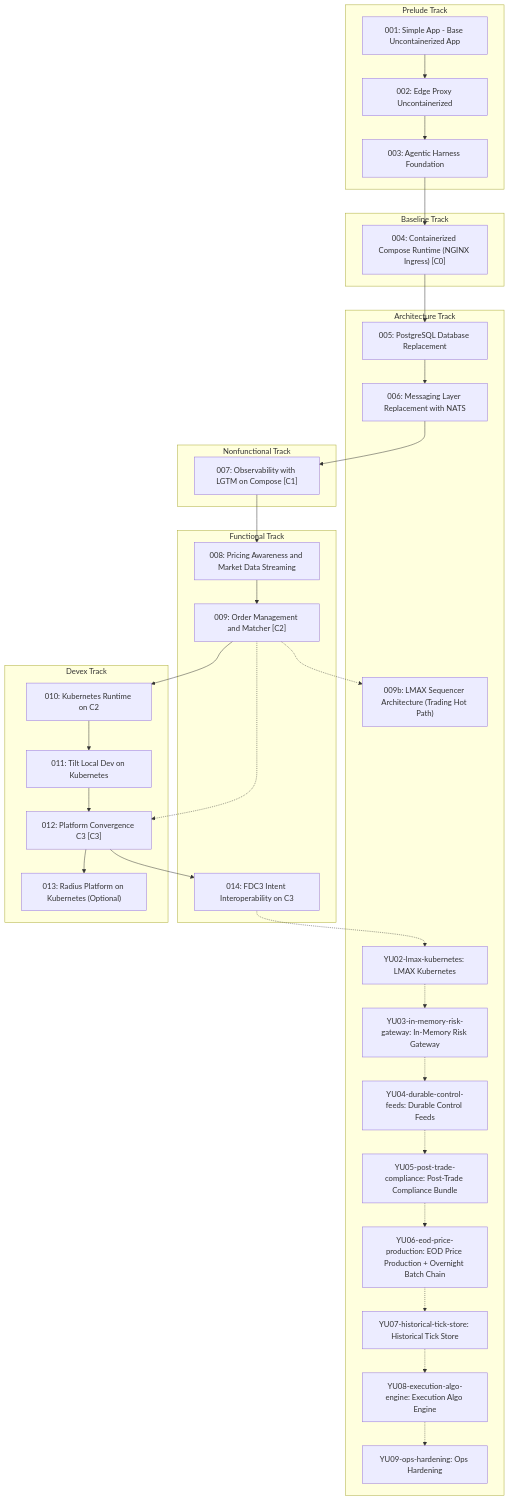
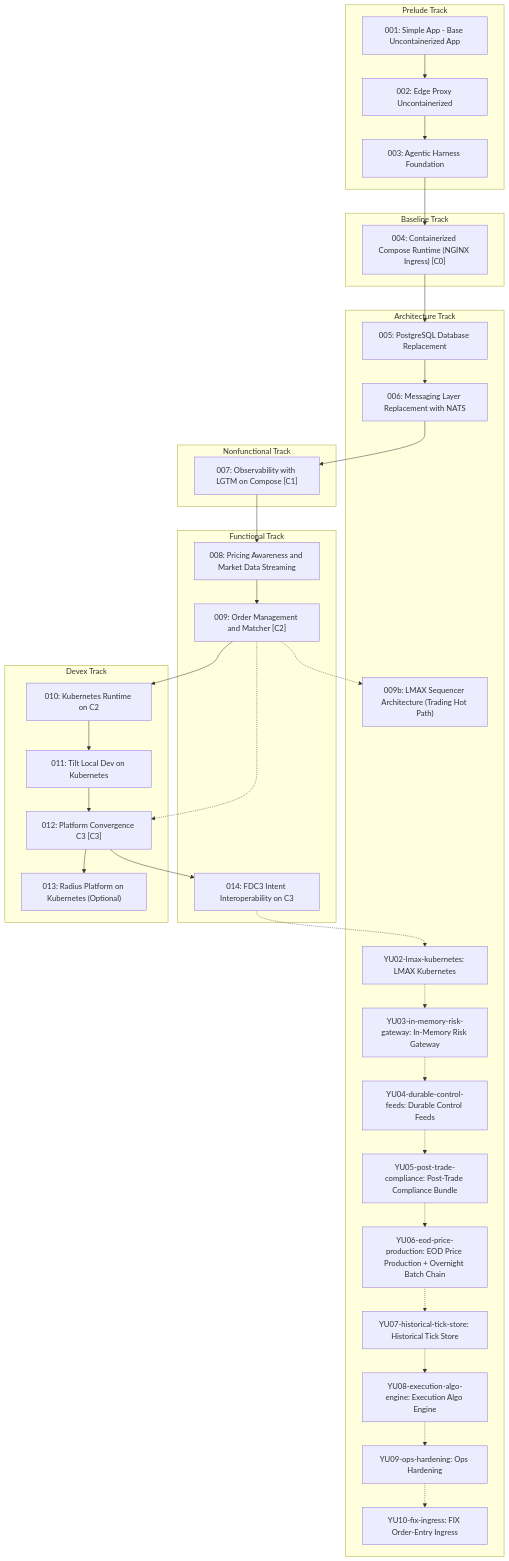
Before and after one commit to YU-CS-Summer-2026-Distributed-TraderX/traderX: the third of 3 diagrams in docs/learning-paths/index.md, drawn with Mermaid. The commit also changed other lines of this file and 6 other files, not shown here.

````diff
--- a/docs/learning-paths/index.md
+++ b/docs/learning-paths/index.md
@@ -144,62 +148,64 @@
 ```mermaid
 flowchart TB
   subgraph PRELUDE["Prelude Track"]
     S001_baseline_uncontainerized_parity["001: Simple App - Base Uncontainerized App"]
     S002_edge_proxy_uncontainerized["002: Edge Proxy Uncontainerized"]
     S003_agentic_harness_foundation["003: Agentic Harness Foundation"]
   end
   subgraph BASELINE["Baseline Track"]
     S004_containerized_compose_runtime["004: Containerized Compose Runtime (NGINX Ingress) [C0]"]
   end
   subgraph ARCHITECTURE["Architecture Track"]
     S005_postgres_database_replacement["005: PostgreSQL Database Replacement"]
     S006_messaging_nats_replacement["006: Messaging Layer Replacement with NATS"]
     S009b_lmax_sequencer_architecture["009b: LMAX Sequencer Architecture (Trading Hot Path)"]
     SYU02_lmax_kubernetes["YU02-lmax-kubernetes: LMAX Kubernetes"]
     SYU03_in_memory_risk_gateway["YU03-in-memory-risk-gateway: In-Memory Risk Gateway"]
     SYU04_durable_control_feeds["YU04-durable-control-feeds: Durable Control Feeds"]
     SYU05_post_trade_compliance["YU05-post-trade-compliance: Post-Trade Compliance Bundle"]
     SYU06_eod_price_production["YU06-eod-price-production: EOD Price Production + Overnight Batch Chain"]
     SYU07_historical_tick_store["YU07-historical-tick-store: Historical Tick Store"]
     SYU08_execution_algo_engine["YU08-execution-algo-engine: Execution Algo Engine"]
     SYU09_ops_hardening["YU09-ops-hardening: Ops Hardening"]
+    SYU10_fix_ingress["YU10-fix-ingress: FIX Order-Entry Ingress"]
   end
   subgraph NONFUNCTIONAL["Nonfunctional Track"]
     S007_observability_lgtm_compose["007: Observability with LGTM on Compose [C1]"]
   end
   subgraph FUNCTIONAL["Functional Track"]
     S008_pricing_awareness_market_data["008: Pricing Awareness and Market Data Streaming"]
     S009_order_management_matcher["009: Order Management and Matcher [C2]"]
     S014_fdc3_intent_interoperability["014: FDC3 Intent Interoperability on C3"]
   end
   subgraph DEVEX["Devex Track"]
     S010_kubernetes_runtime["010: Kubernetes Runtime on C2"]
     S011_tilt_kubernetes_dev_loop["011: Tilt Local Dev on Kubernetes"]
     S012_platform_convergence_c3["012: Platform Convergence C3 [C3]"]
     S013_radius_kubernetes_platform["013: Radius Platform on Kubernetes (Optional)"]
   end
   S001_baseline_uncontainerized_parity --> S002_edge_proxy_uncontainerized
   S002_edge_proxy_uncontainerized --> S003_agentic_harness_foundation
   S003_agentic_harness_foundation --> S004_containerized_compose_runtime
   S004_containerized_compose_runtime --> S005_postgres_database_replacement
   S005_postgres_database_replacement --> S006_messaging_nats_replacement
   S006_messaging_nats_replacement --> S007_observability_lgtm_compose
   S007_observability_lgtm_compose --> S008_pricing_awareness_market_data
   S008_pricing_awareness_market_data --> S009_order_management_matcher
   S009_order_management_matcher -.-> S009b_lmax_sequencer_architecture
   S009_order_management_matcher --> S010_kubernetes_runtime
   S010_kubernetes_runtime --> S011_tilt_kubernetes_dev_loop
   S011_tilt_kubernetes_dev_loop --> S012_platform_convergence_c3
   S012_platform_convergence_c3 --> S013_radius_kubernetes_platform
   S012_platform_convergence_c3 --> S014_fdc3_intent_interoperability
   S014_fdc3_intent_interoperability -.-> SYU02_lmax_kubernetes
   SYU02_lmax_kubernetes -.-> SYU03_in_memory_risk_gateway
   SYU03_in_memory_risk_gateway -.-> SYU04_durable_control_feeds
   SYU04_durable_control_feeds -.-> SYU05_post_trade_compliance
   SYU05_post_trade_compliance -.-> SYU06_eod_price_production
   SYU06_eod_price_production -.-> SYU07_historical_tick_store
   SYU07_historical_tick_store -.-> SYU08_execution_algo_engine
   SYU08_execution_algo_engine -.-> SYU09_ops_hardening
+  SYU09_ops_hardening -.-> SYU10_fix_ingress
   S009_order_management_matcher -.-> S012_platform_convergence_c3
   classDef convergence fill:#d7f5dd,stroke:#2e7d32,stroke-width:2px
 ```
````
